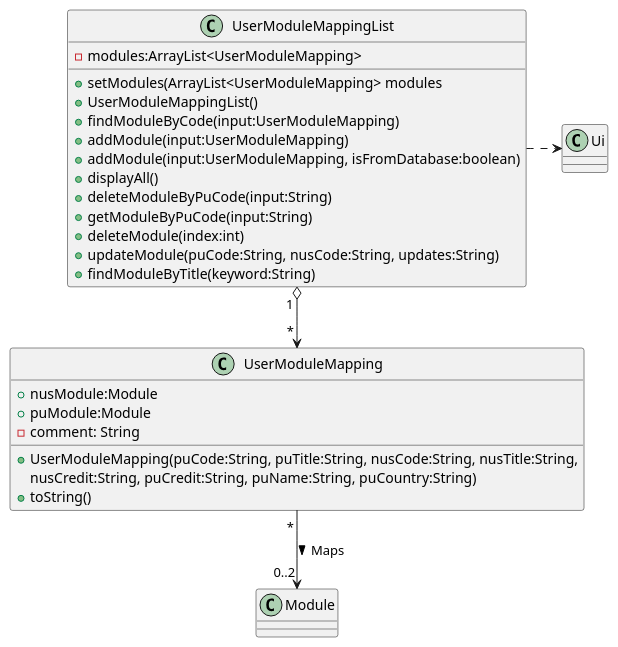
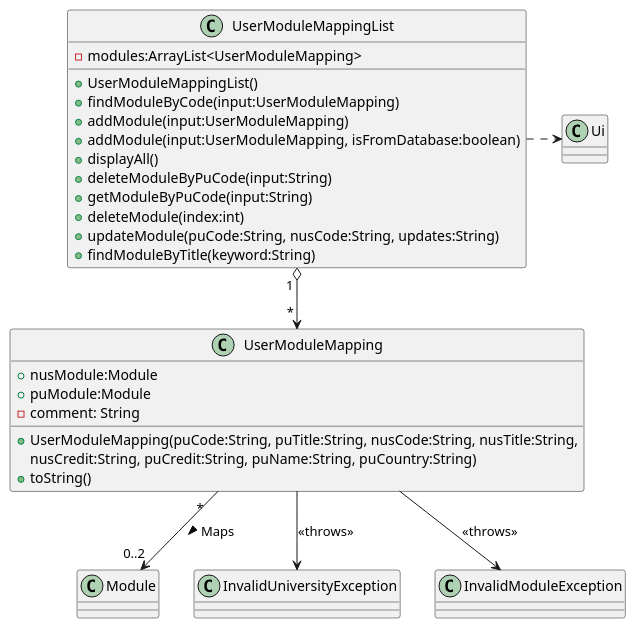
Before and after one commit to nus-cs2113-AY2223S1/tp: the diagram in docs/diagrams/UserModuleMapping_Class.puml, drawn with PlantUML. The commit also changed 9 other files, not shown here.

Commit message:
Update UML diagrams

```diff
--- a/docs/diagrams/UserModuleMapping_Class.puml
+++ b/docs/diagrams/UserModuleMapping_Class.puml
@@ -1,38 +1,45 @@
 @startuml
 'https://plantuml.com/sequence-diagram
 
 class Module {
+}
+
+class InvalidUniversityException {
+}
+
+class InvalidModuleException{
 }
 
 class UserModuleMapping {
     + nusModule:Module
     + puModule:Module
     - comment: String
     + UserModuleMapping(puCode:String, puTitle:String, nusCode:String, nusTitle:String,
                         nusCredit:String, puCredit:String, puName:String, puCountry:String)
     + toString()
 }
 
 class Ui {
 }
 
 class UserModuleMappingList {
     - modules:ArrayList<UserModuleMapping>
-    + setModules(ArrayList<UserModuleMapping> modules
     + UserModuleMappingList()
     + findModuleByCode(input:UserModuleMapping)
     + addModule(input:UserModuleMapping)
     + addModule(input:UserModuleMapping, isFromDatabase:boolean)
     + displayAll()
     + deleteModuleByPuCode(input:String)
     + getModuleByPuCode(input:String)
     + deleteModule(index:int)
     + updateModule(puCode:String, nusCode:String, updates:String)
     + findModuleByTitle(keyword:String)
 }
 
-UserModuleMapping " * " --> "0..2" Module :> Maps
+UserModuleMapping " *  " --> "0..2" Module :> Maps
 UserModuleMappingList " 1 " o--> " * " UserModuleMapping
 UserModuleMappingList .> Ui
+UserModuleMapping --> InvalidModuleException :<<throws>>
+UserModuleMapping --> InvalidUniversityException :<<throws>>
 
 @enduml
```
